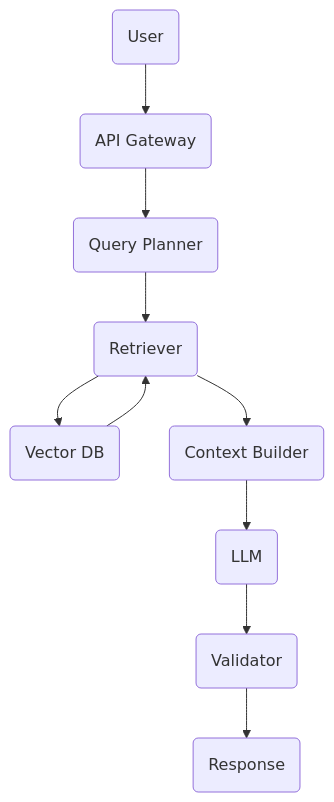
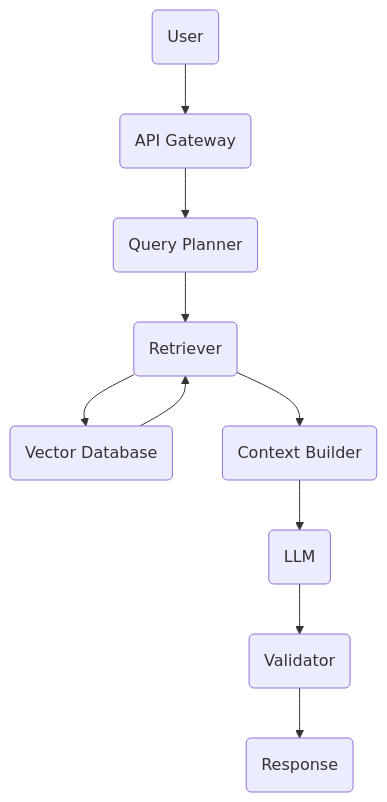
One commit to shasanksingh/shasanksingh changed the diagram in README.md. Above: the diagram before and after it, drawn with Mermaid. The commit also changed other lines of this file, not shown here.

````diff
--- a/README.md
+++ b/README.md
@@ -49,22 +615,31 @@
-``` mermaid
+```mermaid
 flowchart TD
+
 A(User)
+
 B(API Gateway)
+
 C(Query Planner)
+
 D(Retriever)
-E(Vector DB)
+
+E(Vector Database)
+
 F(Context Builder)
+
 G(LLM)
+
 H(Validator)
+
 I(Response)
 
-A-->B
-B-->C
-C-->D
-D-->E
-E-->D
-D-->F
-F-->G
-G-->H
-H-->I
+A --> B
+B --> C
+C --> D
+D --> E
+E --> D
+D --> F
+F --> G
+G --> H
+H --> I
 ```
````
